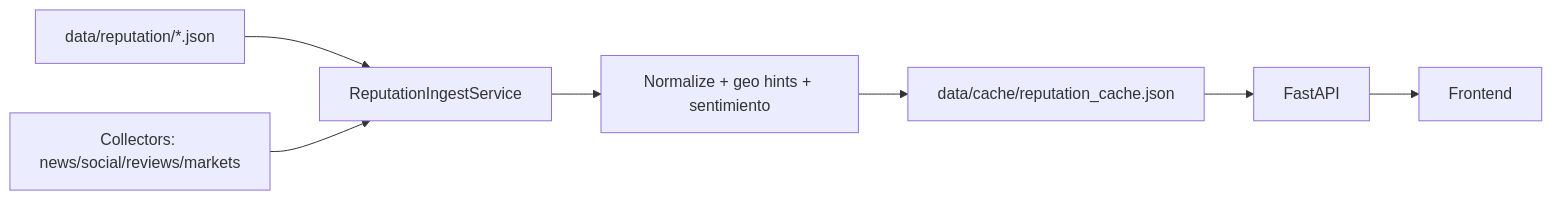
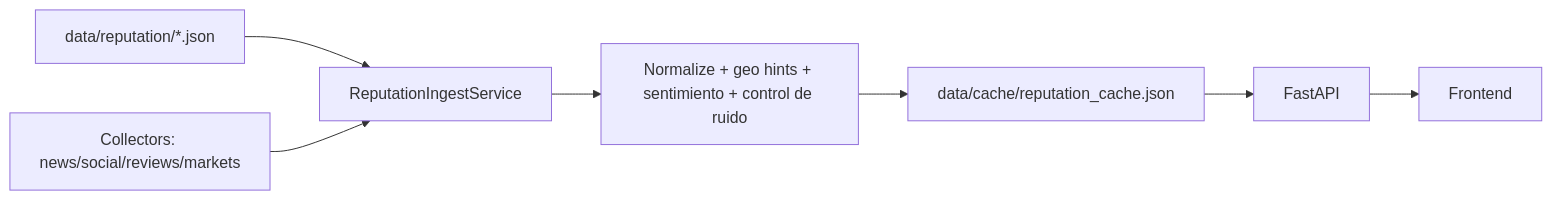
One commit to felixdelbarrio/Global_Overview_Radar changed the fourth of 4 diagrams in docs/ARCHITECTURE.md. Above: the diagram before and after it, drawn with Mermaid. The commit also changed other lines of this file and 11 other files, not shown here.

````diff
--- a/docs/ARCHITECTURE.md
+++ b/docs/ARCHITECTURE.md
@@ -89,9 +90,9 @@
 ```mermaid
 flowchart LR
   A[data/reputation/*.json] --> B[ReputationIngestService]
   C[Collectors: news/social/reviews/markets] --> B
-  B --> D[Normalize + geo hints + sentimiento]
+  B --> D[Normalize + geo hints + sentimiento + control de ruido]
   D --> E[data/cache/reputation_cache.json]
   E --> F[FastAPI]
   F --> G[Frontend]
 ```
````
